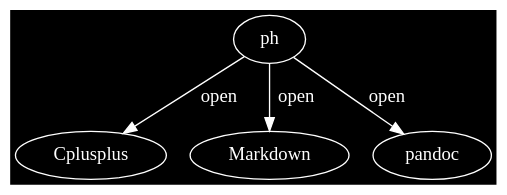
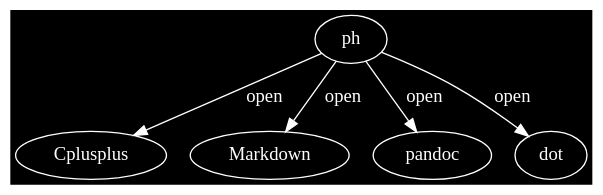
The fifth of 5 diagrams in README.md (phiwen96/ph), drawn with Graphviz before and after one commit. The commit also changed other lines of this file, not shown here.

````diff
--- a/README.md
+++ b/README.md
@@ -135,10 +147,11 @@
 ```graphviz
 digraph finite_state_machine {
 	graph [bgcolor=black]
 	node [fillcolor=black style=filled color=white fontcolor=white]
 	edge [color=white fontcolor=white]
 	ph -> Cplusplus [ label = " open"]
 	ph -> Markdown [ label = " open"]
 	ph -> pandoc [ label = " open"]
+	ph -> dot [ label = " open"]
 }
 ```
````
